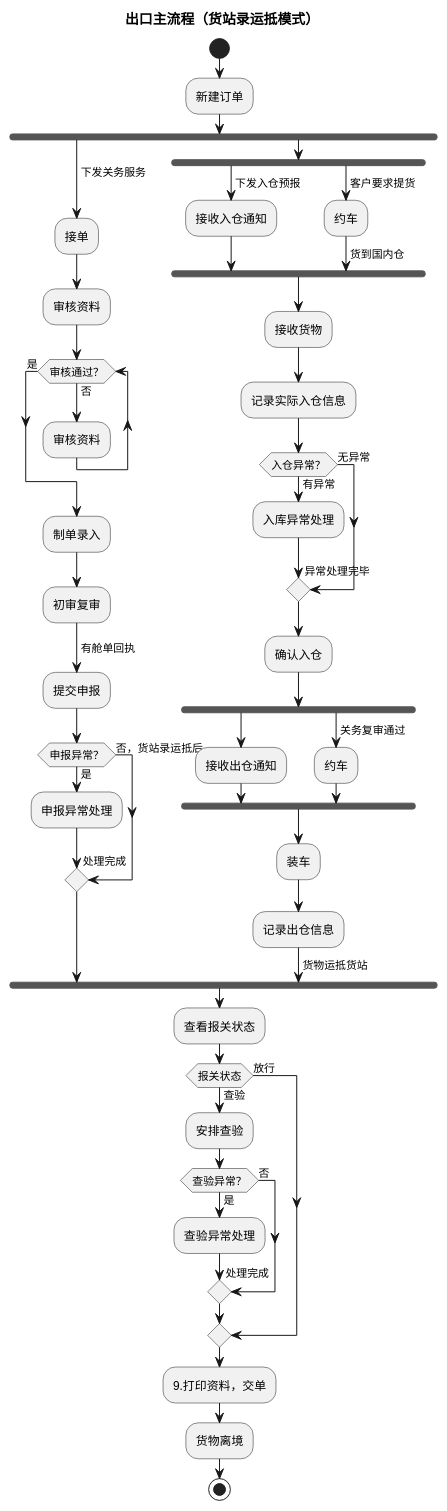
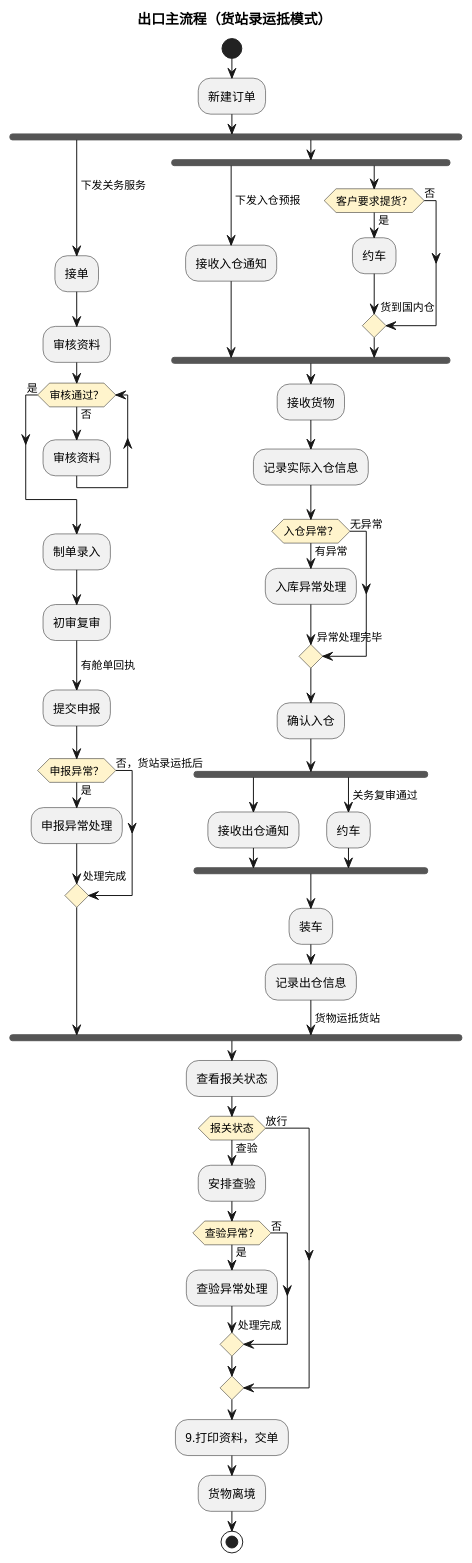
One commit to jack888332/projects-doc changed the tenth of 11 diagrams in product-caliber/goldjet/segmented-prd/mainflow/PRD.高捷物流系统一期.主流程.03.普货进出口关务详细流程.md. Above: the diagram before and after it, drawn with PlantUML. The commit also changed other lines of this file and 20 other files, not shown here.

Commit message:
优化流程表对应的DLS图

````diff
--- a/product-caliber/goldjet/segmented-prd/mainflow/PRD.高捷物流系统一期.主流程.03.普货进出口关务详细流程.md
+++ b/product-caliber/goldjet/segmented-prd/mainflow/PRD.高捷物流系统一期.主流程.03.普货进出口关务详细流程.md
@@ -331,63 +351,66 @@
 ```plantuml
 @startuml
+skinparam activityDiamondBackgroundColor #FFF4CC
 title 出口主流程（货站录运抵模式）
 start
 :新建订单;
 fork
   -> 下发关务服务;
   :接单;
   :审核资料;
   while (审核通过？) is (否)
     :审核资料;
   endwhile (是)
   :制单录入;
   :初审复审;
   -> 有舱单回执;
   :提交申报;
   if (申报异常？) then (是)
     :申报异常处理;
     -> 处理完成;
   else (否，货站录运抵后)
   endif
 fork again
   fork
     -> 下发入仓预报;
     :接收入仓通知;
   fork again
-    -> 客户要求提货;
-    :约车;
-    -> 货到国内仓;
+    if (客户要求提货？) then (是)
+      :约车;
+      -> 货到国内仓;
+    else (否)
+    endif
   end fork
   :接收货物;
   :记录实际入仓信息;
   if (入仓异常？) then (有异常)
     :入库异常处理;
     -> 异常处理完毕;
   else (无异常)
   endif
   :确认入仓;
   fork
     :接收出仓通知;
   fork again
     -> 关务复审通过;
     :约车;
   end fork
   :装车;
   :记录出仓信息;
   -> 货物运抵货站;
 end fork
 :查看报关状态;
 if (报关状态) then (查验)
   :安排查验;
   if (查验异常？) then (是)
     :查验异常处理;
     -> 处理完成;
   else (否)
   endif
 else (放行)
 endif
 :9.打印资料，交单;
 :货物离境;
 stop
 @enduml
 ```
````
